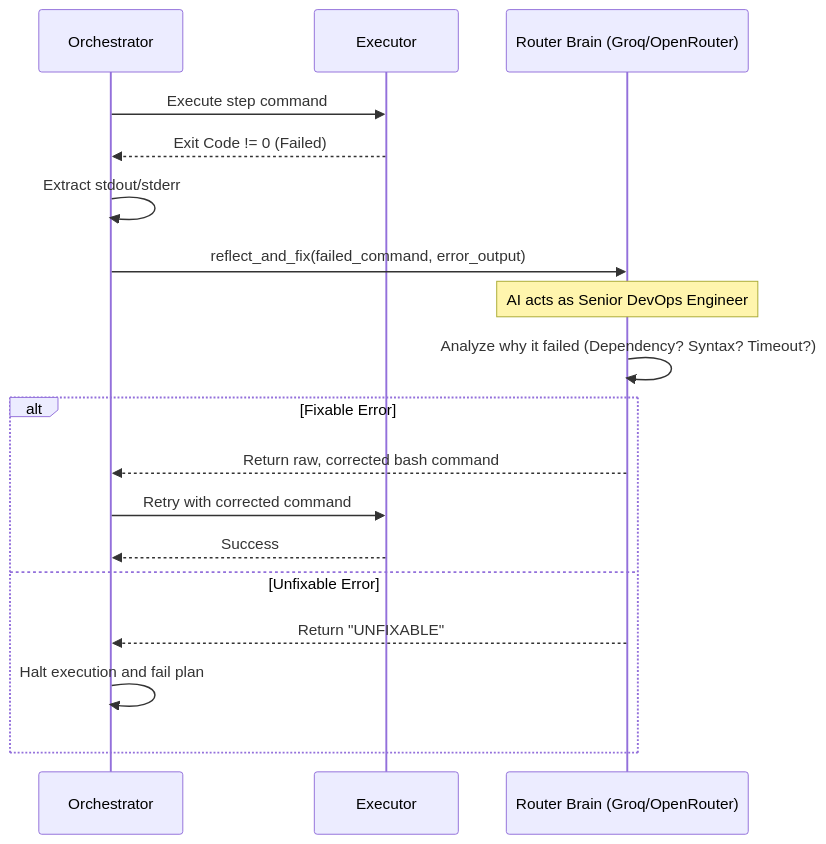
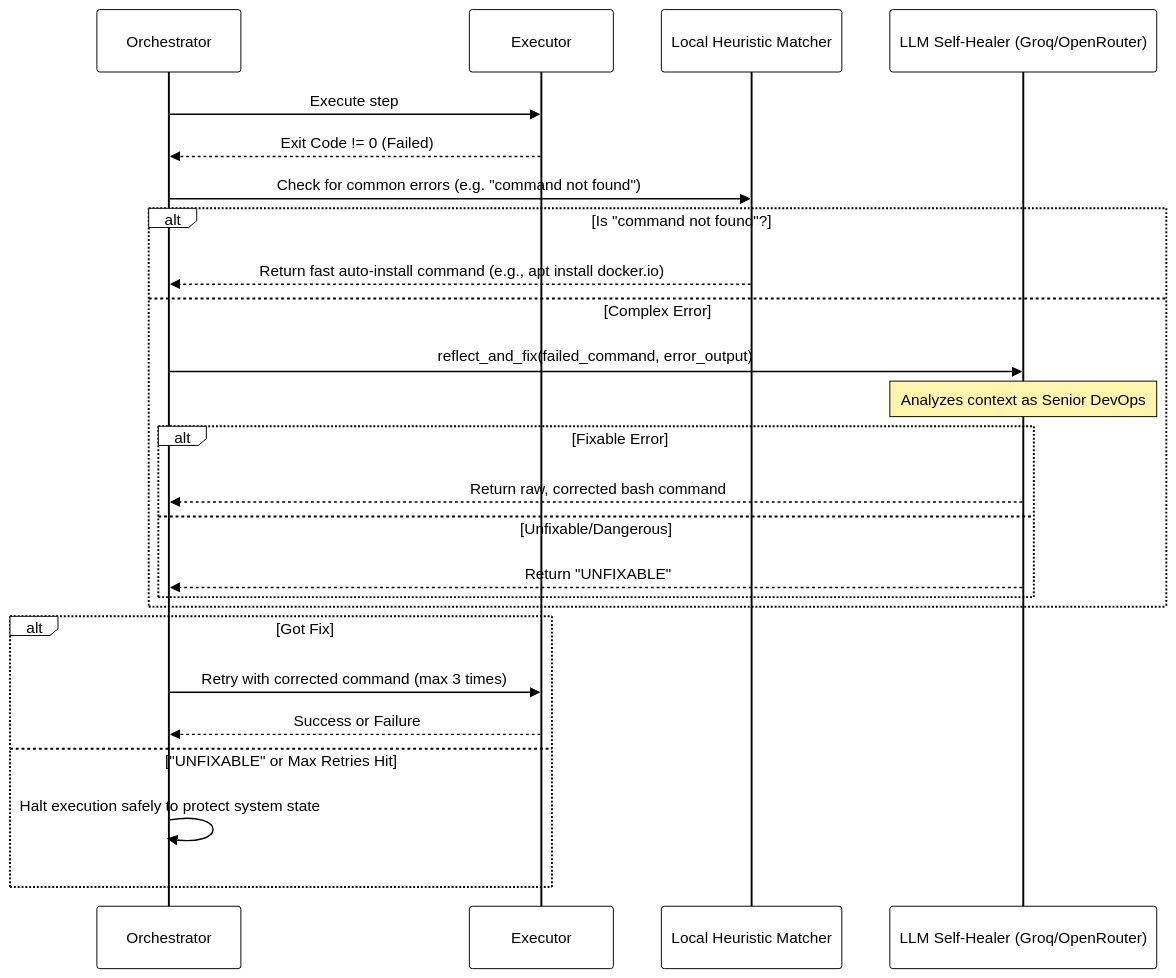
The fifth of 6 diagrams in README.md (Garvit1000/nexus), drawn with Mermaid before and after one commit. The commit also changed other lines of this file and 3 other files, not shown here.

````diff
--- a/README.md
+++ b/README.md
@@ -211,24 +216,34 @@
 ```mermaid
+%%{init: {"theme": "base", "themeVariables": {"fontFamily": "monospace", "lineColor": "#000", "actorBkg": "#fff", "actorBorder": "#000", "actorTextColor": "#000", "signalColor": "#000", "signalTextColor": "#000", "noteBkg": "#ffe600", "noteBorderColor": "#000", "noteTextColor": "#000", "activationBorderColor": "#000", "activationBkgColor": "#ff4949"}}}%%
 sequenceDiagram
     participant Orchestrator
     participant Executor
-    participant SelfHealer as Router Brain (Groq/OpenRouter)
-    
-    Orchestrator->>Executor: Execute step command
+    participant LocalHealer as Local Heuristic Matcher
+    participant LLMHealer as LLM Self-Healer (Groq/OpenRouter)
+
+    Orchestrator->>Executor: Execute step
     Executor-->>Orchestrator: Exit Code != 0 (Failed)
-    
-    Orchestrator->>Orchestrator: Extract stdout/stderr
-    Orchestrator->>SelfHealer: reflect_and_fix(failed_command, error_output)
-    
-    Note over SelfHealer: AI acts as Senior DevOps Engineer
-    SelfHealer->>SelfHealer: Analyze why it failed (Dependency? Syntax? Timeout?)
-    
-    alt Fixable Error
-        SelfHealer-->>Orchestrator: Return raw, corrected bash command
-        Orchestrator->>Executor: Retry with corrected command
-        Executor-->>Orchestrator: Success
-    else Unfixable Error
-        SelfHealer-->>Orchestrator: Return "UNFIXABLE"
-        Orchestrator->>Orchestrator: Halt execution and fail plan
+
+    %% Stage 1
+    Orchestrator->>LocalHealer: Check for common errors (e.g. "command not found")
+    alt Is "command not found"?
+        LocalHealer-->>Orchestrator: Return fast auto-install command (e.g., apt install docker.io)
+    else Complex Error
+        %% Stage 2
+        Orchestrator->>LLMHealer: reflect_and_fix(failed_command, error_output)
+        Note over LLMHealer: Analyzes context as Senior DevOps
+
+        alt Fixable Error
+            LLMHealer-->>Orchestrator: Return raw, corrected bash command
+        else Unfixable/Dangerous
+            LLMHealer-->>Orchestrator: Return "UNFIXABLE"
+        end
+    end
+
+    alt Got Fix
+        Orchestrator->>Executor: Retry with corrected command (max 3 times)
+        Executor-->>Orchestrator: Success or Failure
+    else "UNFIXABLE" or Max Retries Hit
+        Orchestrator->>Orchestrator: Halt execution safely to protect system state
     end
 ```
````
